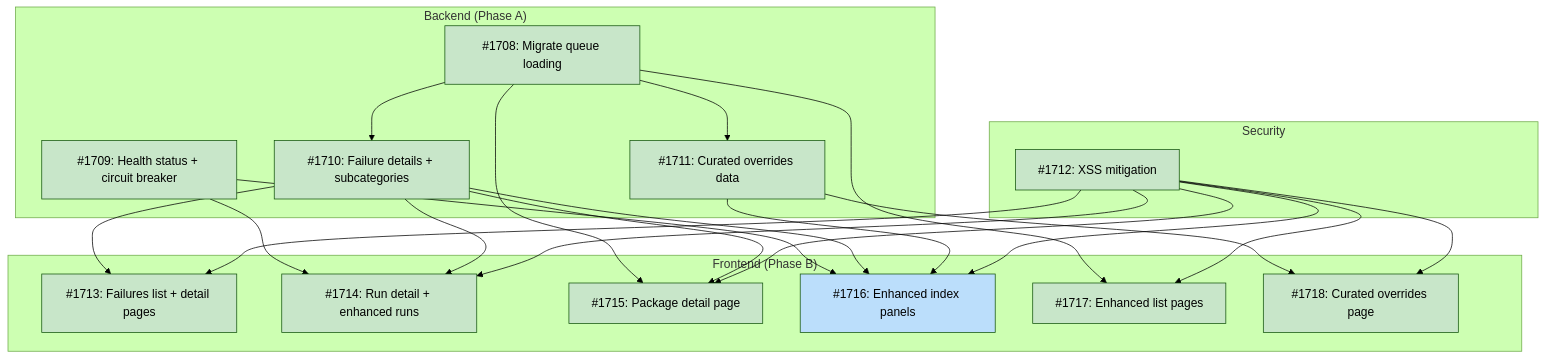
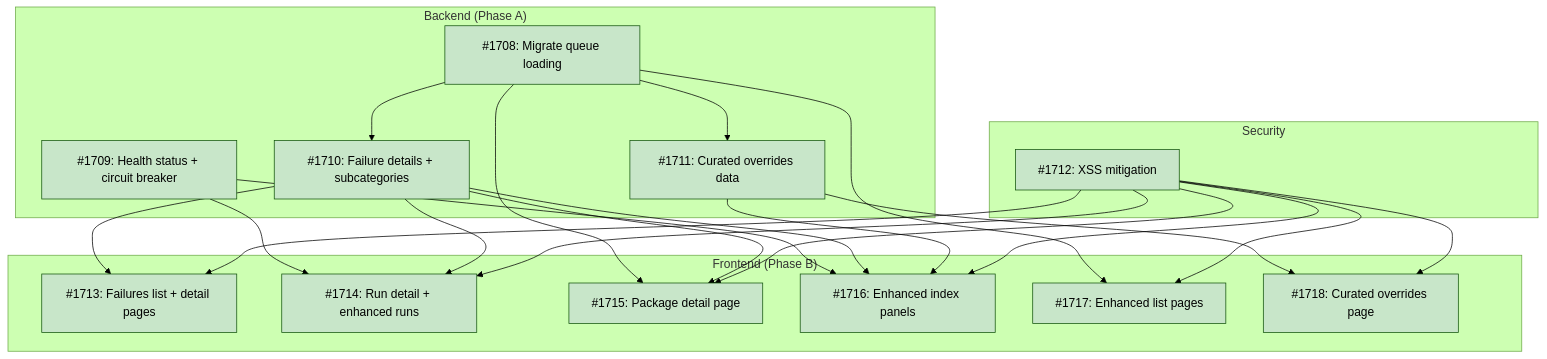
One commit to tsukumogami/tsuku changed the first of 3 diagrams in docs/designs/DESIGN-dashboard-observability.md. Above: the diagram before and after it, drawn with Mermaid (forest theme). The commit also changed other lines of this file, not shown here.

Commit message:
docs: mark #1716 done in design doc (all issues complete)
Update dashboard-observability design doc: strikethrough #1716 in issues
table, mark I1716 done in dependency diagram. All 11 issues are now
implemented and marked done in the design doc.

````diff
--- a/docs/designs/DESIGN-dashboard-observability.md
+++ b/docs/designs/DESIGN-dashboard-observability.md
@@ -67,49 +67,48 @@
 ```mermaid
 graph TD
     subgraph Backend["Backend (Phase A)"]
         I1708["#1708: Migrate queue loading"]
         I1709["#1709: Health status + circuit breaker"]
         I1710["#1710: Failure details + subcategories"]
         I1711["#1711: Curated overrides data"]
     end
 
     subgraph Security["Security"]
         I1712["#1712: XSS mitigation"]
     end
 
     subgraph Frontend["Frontend (Phase B)"]
         I1713["#1713: Failures list + detail pages"]
         I1714["#1714: Run detail + enhanced runs"]
         I1715["#1715: Package detail page"]
         I1716["#1716: Enhanced index panels"]
         I1717["#1717: Enhanced list pages"]
         I1718["#1718: Curated overrides page"]
     end
 
     I1708 --> I1710
     I1708 --> I1711
     I1708 --> I1715
     I1708 --> I1717
     I1710 --> I1713
     I1712 --> I1713
     I1709 --> I1714
     I1710 --> I1714
     I1712 --> I1714
     I1710 --> I1715
     I1712 --> I1715
     I1709 --> I1716
     I1710 --> I1716
     I1711 --> I1716
     I1712 --> I1716
     I1712 --> I1717
     I1711 --> I1718
     I1712 --> I1718
 
     classDef done fill:#c8e6c9
     classDef ready fill:#bbdefb
     classDef blocked fill:#fff9c4
     classDef needsDesign fill:#e1bee7
 
-    class I1708,I1709,I1710,I1711,I1712,I1713,I1714,I1715,I1717,I1718 done
-    class I1716 ready
+    class I1708,I1709,I1710,I1711,I1712,I1713,I1714,I1715,I1716,I1717,I1718 done
 ```
````
